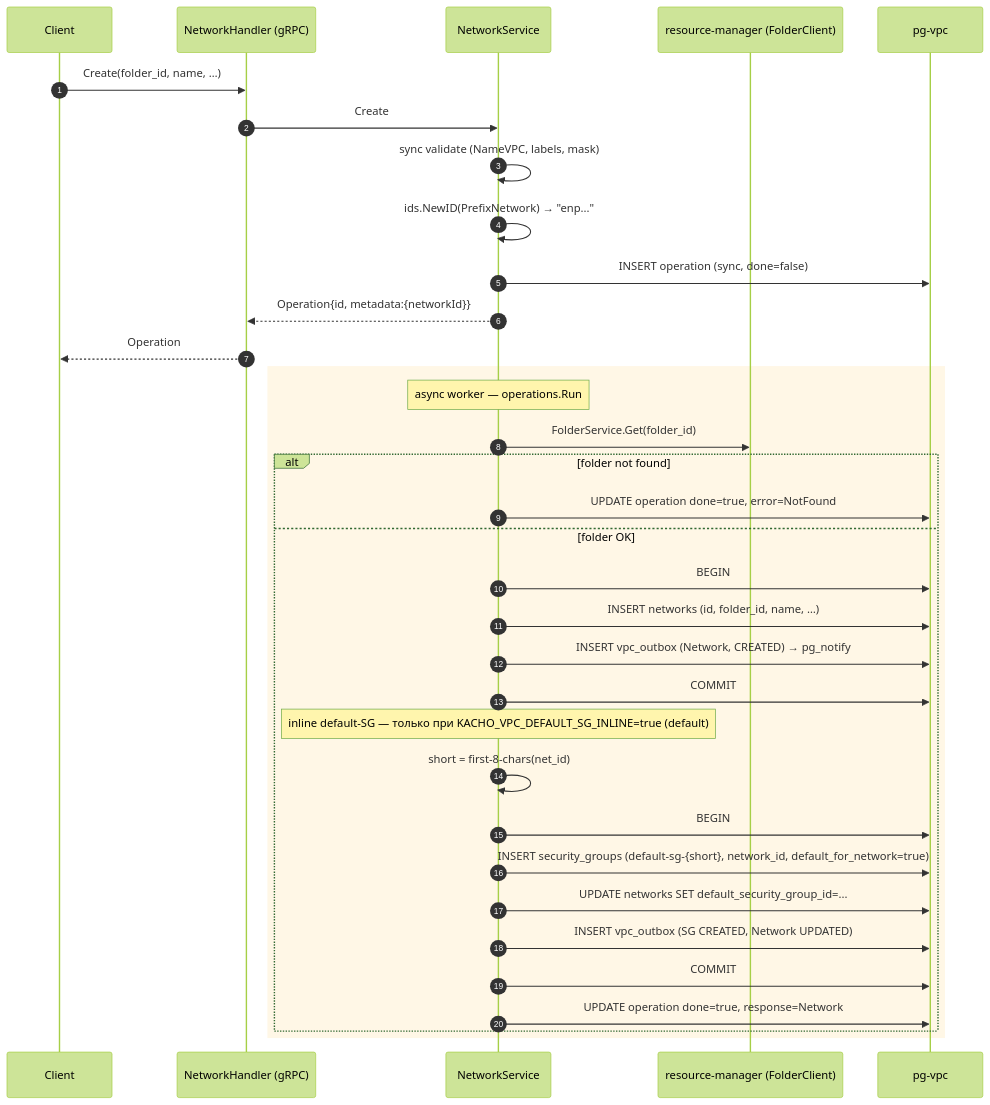
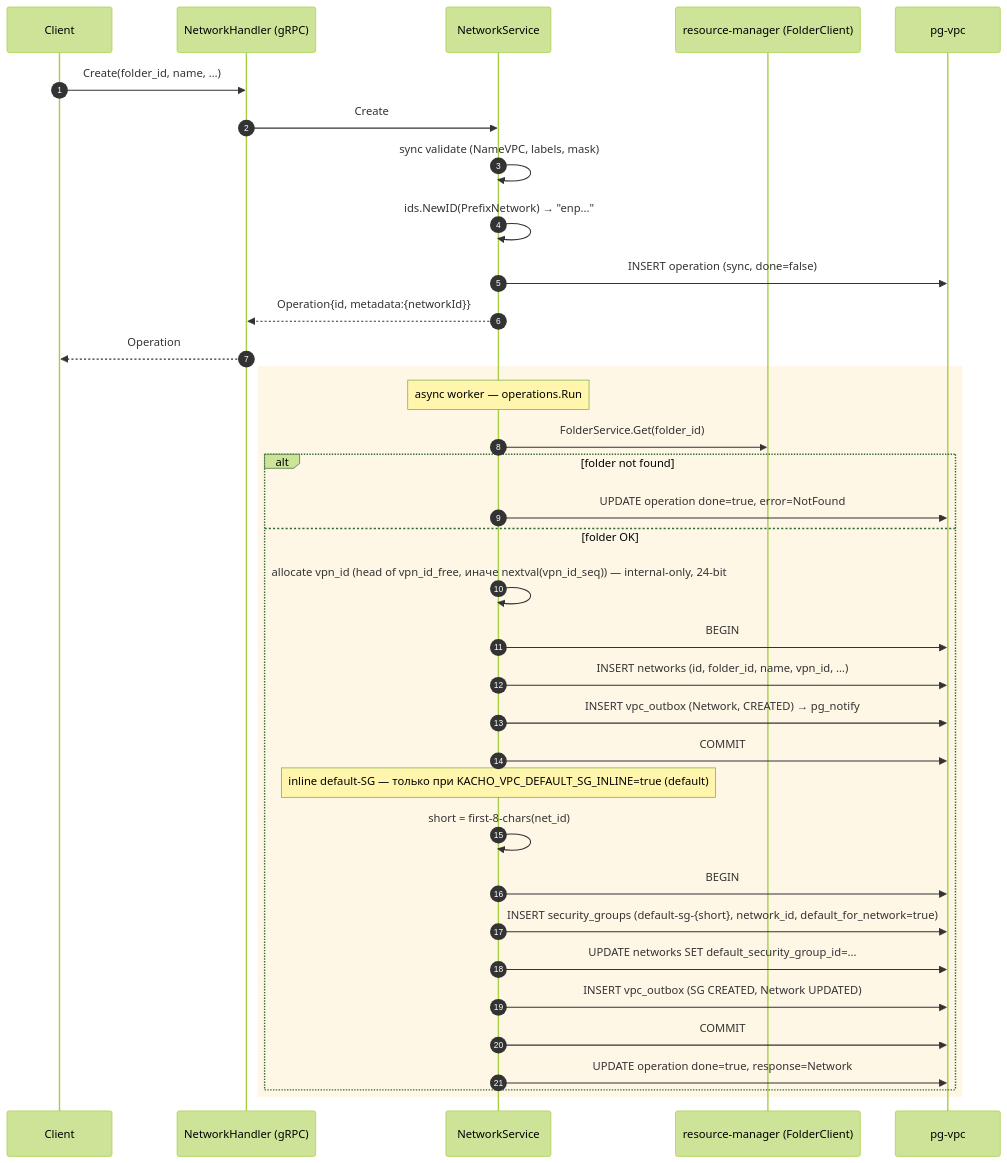
One commit to PRO-Robotech/kacho-vpc changed the first of 11 diagrams in docs/architecture/02-data-flows.md. Above: the diagram before and after it, drawn with Mermaid (forest theme). The commit also changed other lines of this file and 11 other files, not shown here.

Commit message:
docs: update architecture for the 2026-05-12..13 vpc changes (NetworkInterface, vpn_id internal, optional subnet CIDR / SG network, v6 CIDR verbs, dependency chain, ops-history) — KAC-35

````diff
--- a/docs/architecture/02-data-flows.md
+++ b/docs/architecture/02-data-flows.md
@@ -20,40 +22,41 @@
 ```mermaid
 sequenceDiagram
   autonumber
   participant U as Client
   participant H as NetworkHandler (gRPC)
   participant S as NetworkService
   participant RM as resource-manager (FolderClient)
   participant DB as pg-vpc
 
   U->>H: Create(folder_id, name, …)
   H->>S: Create
   S->>S: sync validate (NameVPC, labels, mask)
   S->>S: ids.NewID(PrefixNetwork) → "enp..."
   S->>DB: INSERT operation (sync, done=false)
   S-->>H: Operation{id, metadata:{networkId}}
   H-->>U: Operation
 
   rect rgb(255,247,230)
   Note over S: async worker — operations.Run
   S->>RM: FolderService.Get(folder_id)
   alt folder not found
     S->>DB: UPDATE operation done=true, error=NotFound
   else folder OK
+    S->>S: allocate vpn_id (head of vpn_id_free, иначе nextval(vpn_id_seq)) — internal-only, 24-bit
     S->>DB: BEGIN
-    S->>DB: INSERT networks (id, folder_id, name, …)
+    S->>DB: INSERT networks (id, folder_id, name, vpn_id, …)
     S->>DB: INSERT vpc_outbox (Network, CREATED) → pg_notify
     S->>DB: COMMIT
 
     Note over S: inline default-SG — только при KACHO_VPC_DEFAULT_SG_INLINE=true (default)
     S->>S: short = first-8-chars(net_id)
     S->>DB: BEGIN
     S->>DB: INSERT security_groups (default-sg-{short}, network_id, default_for_network=true)
     S->>DB: UPDATE networks SET default_security_group_id=...
     S->>DB: INSERT vpc_outbox (SG CREATED, Network UPDATED)
     S->>DB: COMMIT
 
     S->>DB: UPDATE operation done=true, response=Network
   end
   end
 ```
````
